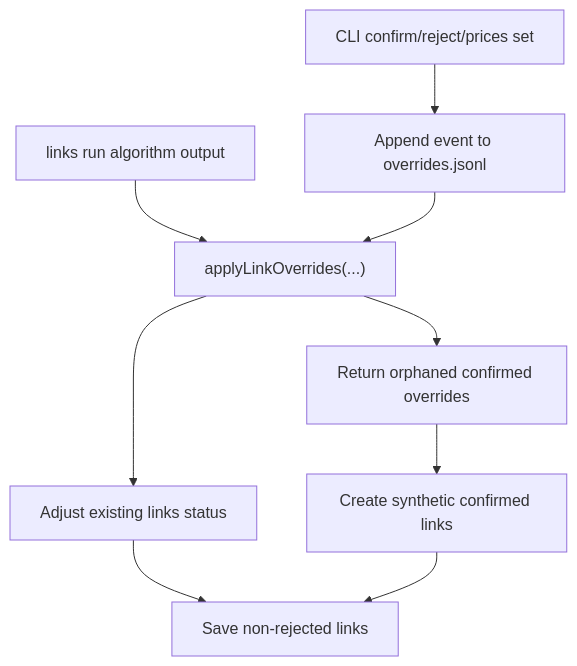
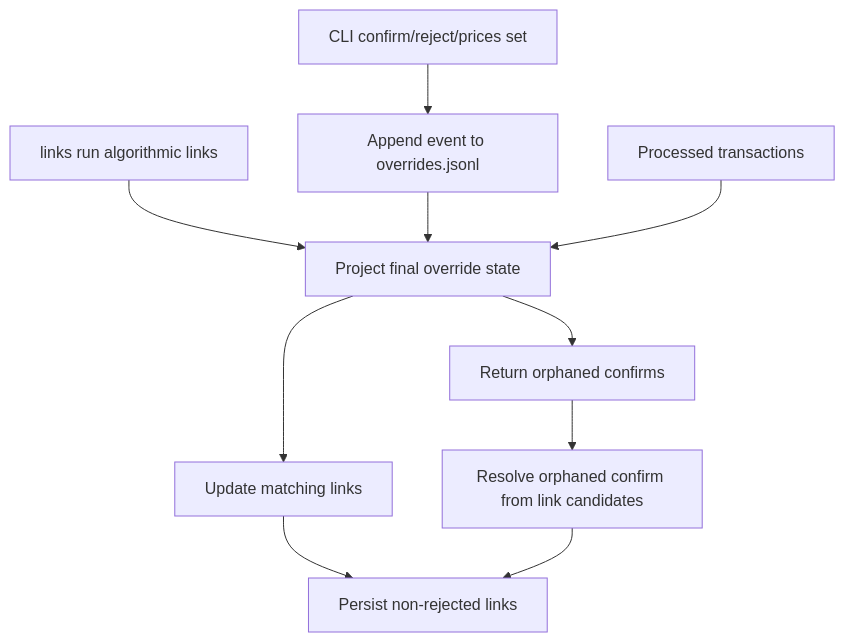
One commit to jbelanger/exitbook changed the diagram in docs/specs/override-event-store-and-replay.md. Above: the diagram before and after it, drawn with Mermaid. The commit also changed other lines of this file and 11 other files, not shown here.

````diff
--- a/docs/specs/override-event-store-and-replay.md
+++ b/docs/specs/override-event-store-and-replay.md
@@ -161,11 +209,12 @@
 ```mermaid
 graph TD
     A["CLI confirm/reject/prices set"] --> B["Append event to overrides.jsonl"]
-    C["links run algorithm output"] --> D["applyLinkOverrides(...)"]
+    C["links run algorithmic links"] --> D["Project final override state"]
     B --> D
-    D --> E["Adjust existing links status"]
-    D --> F["Return orphaned confirmed overrides"]
-    F --> G["Create synthetic confirmed links"]
-    E --> H["Save non-rejected links"]
-    G --> H
+    E["Processed transactions"] --> D
+    D --> F["Update matching links"]
+    D --> G["Return orphaned confirms"]
+    G --> H["Resolve orphaned confirm from link candidates"]
+    F --> I["Persist non-rejected links"]
+    H --> I
 ```
````
